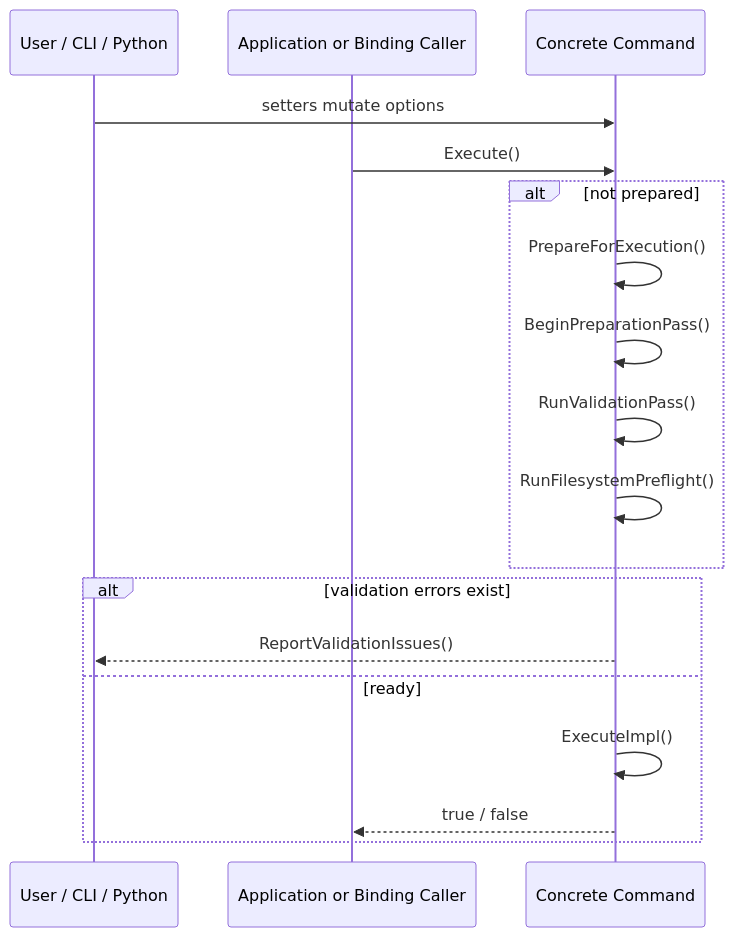
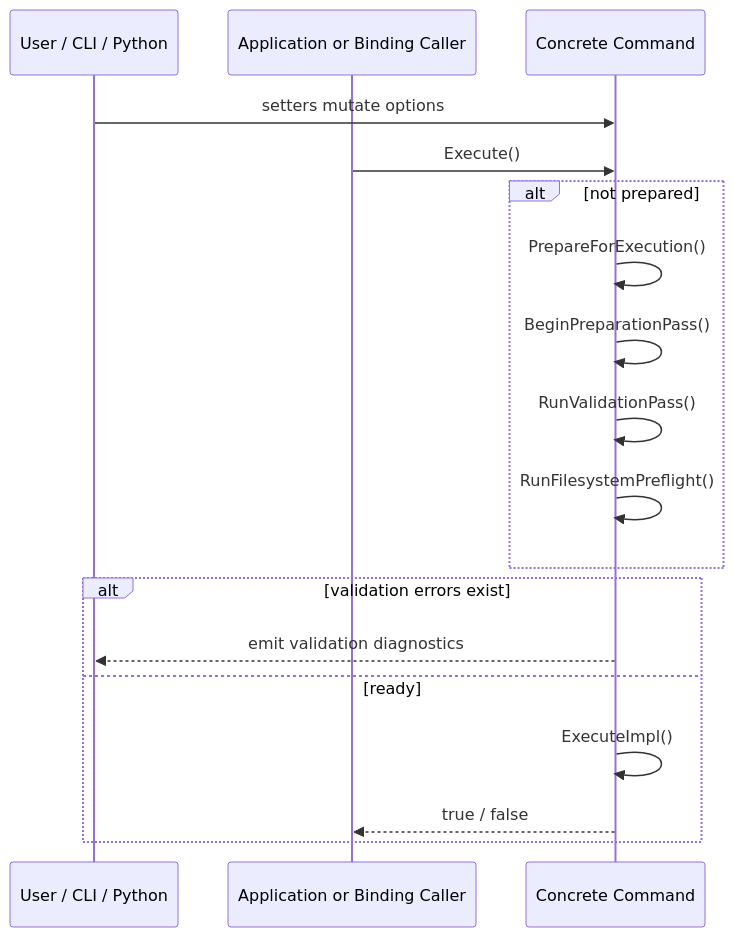
One commit to yslianTim/rhbm_gem changed the second of 2 diagrams in docs/developer/architecture/command-architecture.md. Above: the diagram before and after it, drawn with Mermaid. The commit also changed other lines of this file and 40 other files, not shown here.

````diff
--- a/docs/developer/architecture/command-architecture.md
+++ b/docs/developer/architecture/command-architecture.md
@@ -221,21 +233,21 @@
 ```mermaid
 sequenceDiagram
     participant User as User / CLI / Python
     participant Entry as Application or Binding Caller
     participant Cmd as Concrete Command
 
     User->>Cmd: setters mutate options
     Entry->>Cmd: Execute()
     alt not prepared
         Cmd->>Cmd: PrepareForExecution()
         Cmd->>Cmd: BeginPreparationPass()
         Cmd->>Cmd: RunValidationPass()
         Cmd->>Cmd: RunFilesystemPreflight()
     end
     alt validation errors exist
-        Cmd-->>User: ReportValidationIssues()
+        Cmd-->>User: emit validation diagnostics
     else ready
         Cmd->>Cmd: ExecuteImpl()
         Cmd-->>Entry: true / false
     end
 ```
````
